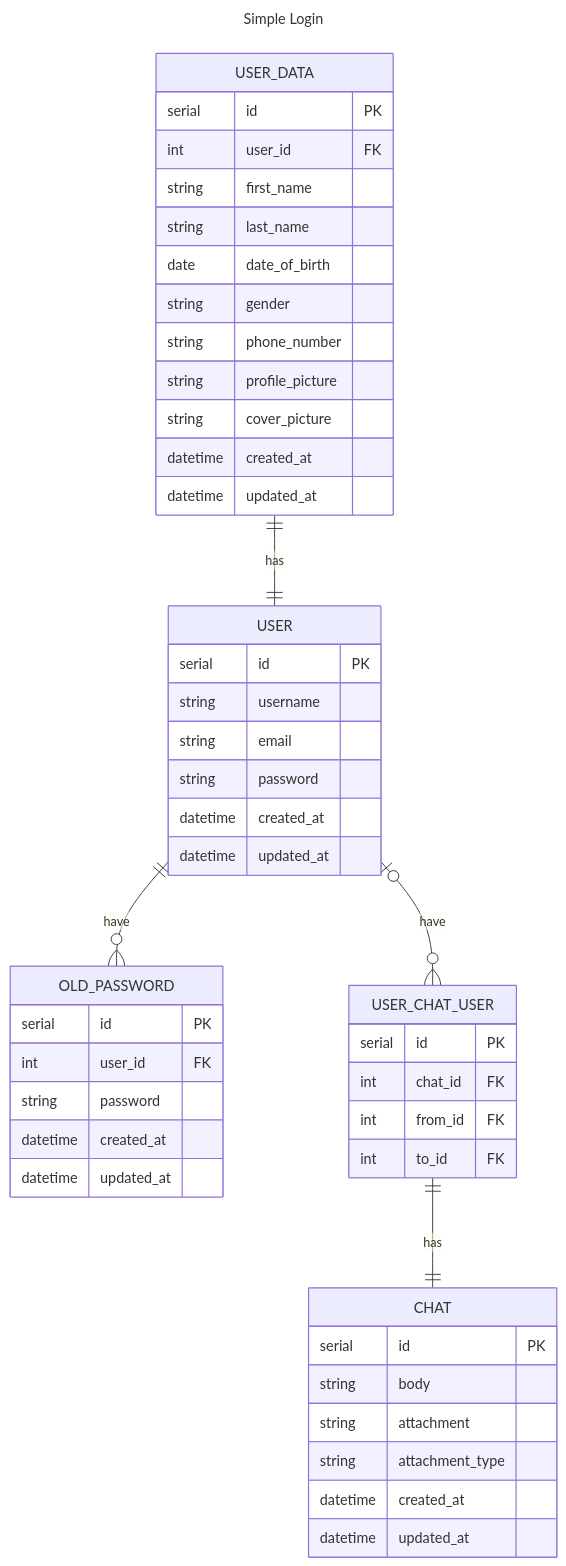
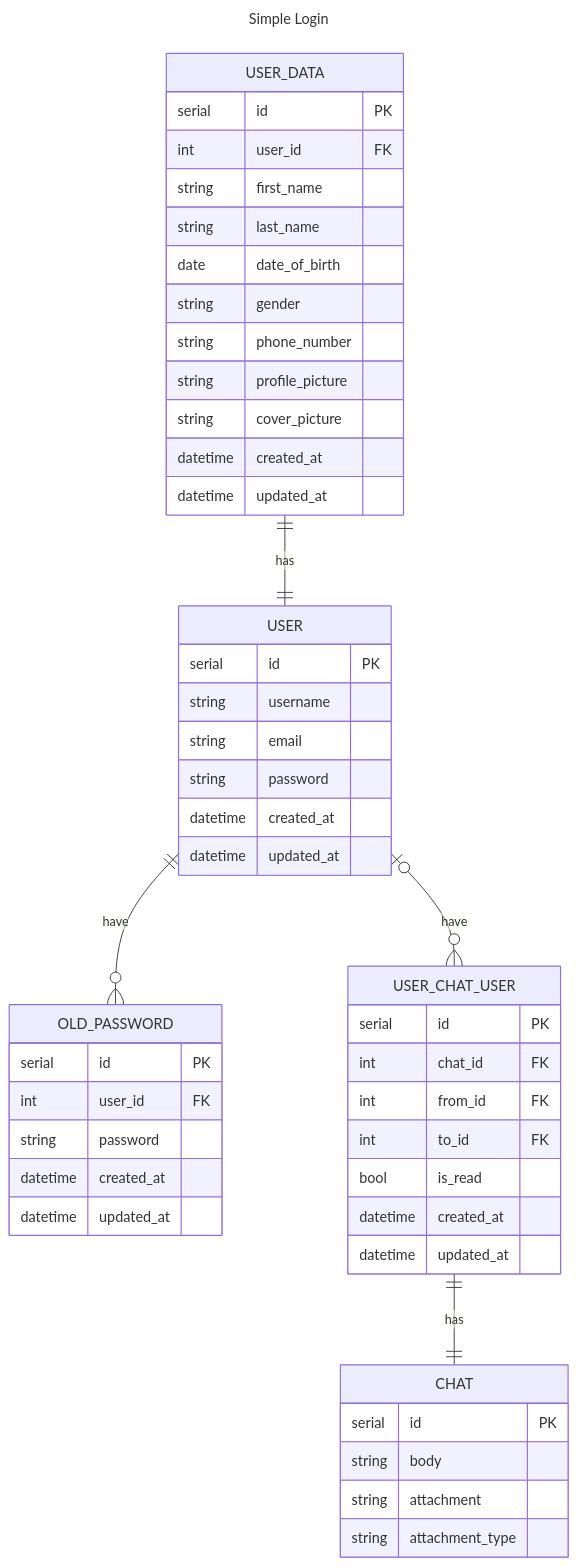
Before and after one commit to Soviena/laravel-advanced-login-template: the diagram in erd.mermaid, drawn with Mermaid. The commit also changed 16 other files, not shown here.

```diff
--- a/erd.mermaid
+++ b/erd.mermaid
@@ -1,55 +1,56 @@
 ---
 title: Simple Login
 ---
 erDiagram
     USER_DATA ||--||USER : has
     USER ||--o{ OLD_PASSWORD : have
     USER |o--o{ USER_CHAT_USER : have
     USER_CHAT_USER ||--|| CHAT : has
 
     USER_DATA {
         serial id PK
         int user_id FK
         string first_name
         string last_name
         date date_of_birth
         string gender
         string phone_number
         string profile_picture
         string cover_picture
         datetime created_at
         datetime updated_at
     }
 
     USER {
         serial id PK
         string username
         string email
         string password
         datetime created_at
         datetime updated_at
     }
 
     OLD_PASSWORD {
         serial id PK
         int user_id FK
         string password
         datetime created_at
         datetime updated_at
     }
 
     CHAT {
         serial id PK
         string body
         string attachment
         string attachment_type
-        datetime created_at
-        datetime updated_at
     }
 
     USER_CHAT_USER {
         serial id PK
         int chat_id FK
         int from_id FK
         int to_id FK
+        bool is_read
+        datetime created_at
+        datetime updated_at
     }
```
